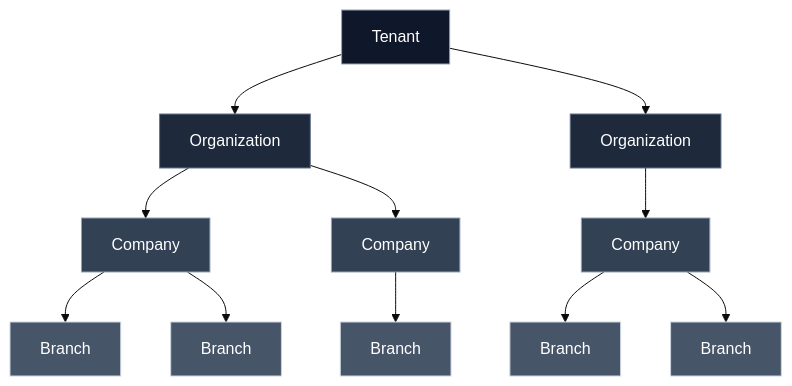
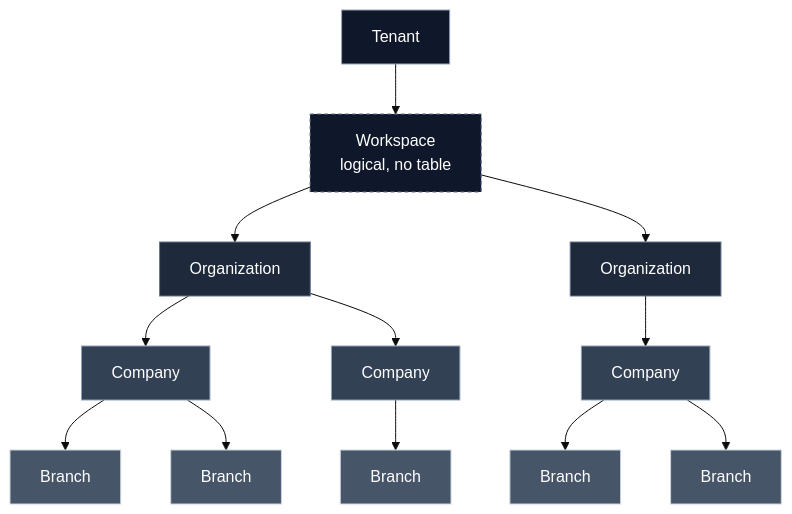
Before and after one commit to dineshinfome-stack/business-os-suite: the diagram in docs/02-architecture/multi-tenant-architecture.md, drawn with Mermaid (base theme). The commit also changed other lines of this file, not shown here.

````diff
--- a/docs/02-architecture/multi-tenant-architecture.md
+++ b/docs/02-architecture/multi-tenant-architecture.md
@@ -43,23 +45,26 @@
 ```mermaid
 flowchart TD
   T[Tenant]
-  T --> O1[Organization]
-  T --> O2[Organization]
+  T --> W[Workspace<br/>logical, no table]
+  W --> O1[Organization]
+  W --> O2[Organization]
   O1 --> C1[Company]
   O1 --> C2[Company]
   O2 --> C3[Company]
   C1 --> B1[Branch]
   C1 --> B2[Branch]
   C2 --> B3[Branch]
   C3 --> B4[Branch]
   C3 --> B5[Branch]
 
   classDef tenant fill:#0f172a,stroke:#94a3b8,color:#fff;
+  classDef workspace fill:#0f172a,stroke:#64748b,color:#fff,stroke-dasharray: 4 3;
   classDef org fill:#1e293b,stroke:#64748b,color:#fff;
   classDef company fill:#334155,stroke:#94a3b8,color:#fff;
   classDef branch fill:#475569,stroke:#cbd5e1,color:#fff;
   class T tenant;
+  class W workspace;
   class O1,O2 org;
   class C1,C2,C3 company;
   class B1,B2,B3,B4,B5 branch;
 ```
````
